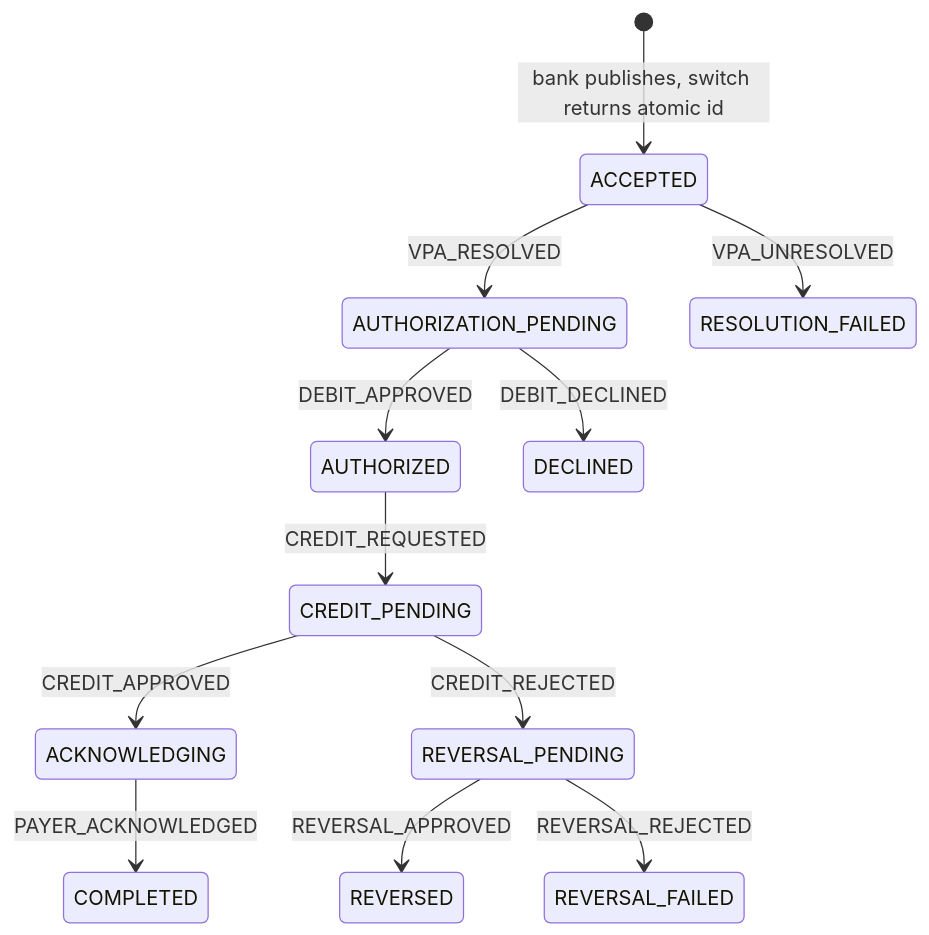
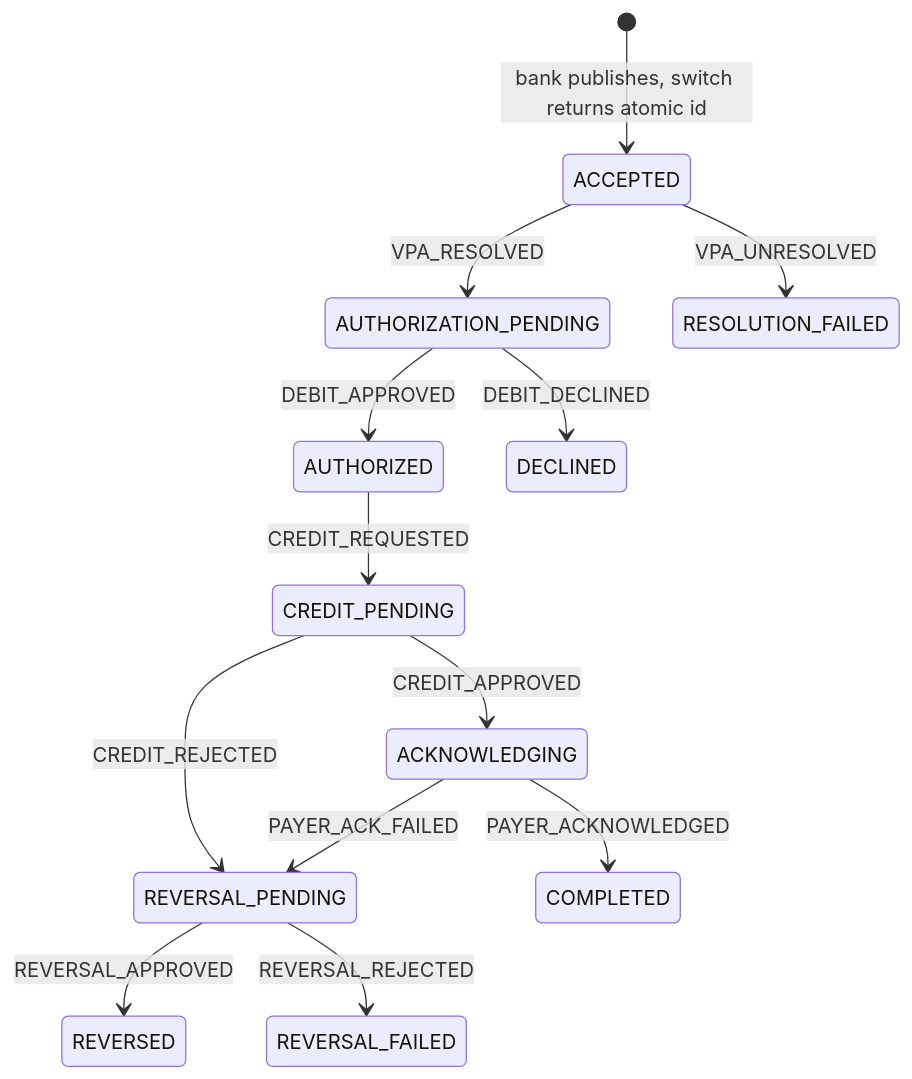
Before and after one commit to raiyansarker/synapse: the diagram in apps/upi/docs/payment-state-machine.md, drawn with Mermaid. The commit also changed other lines of this file, not shown here.

Commit message:
docs(upi): reverse a credit when the ack fails

````diff
--- a/apps/upi/docs/payment-state-machine.md
+++ b/apps/upi/docs/payment-state-machine.md
@@ -70,14 +71,15 @@
 ```mermaid
 stateDiagram-v2
   [*] --> ACCEPTED: bank publishes, switch returns atomic id
   ACCEPTED --> AUTHORIZATION_PENDING: VPA_RESOLVED
   ACCEPTED --> RESOLUTION_FAILED: VPA_UNRESOLVED
   AUTHORIZATION_PENDING --> AUTHORIZED: DEBIT_APPROVED
   AUTHORIZATION_PENDING --> DECLINED: DEBIT_DECLINED
   AUTHORIZED --> CREDIT_PENDING: CREDIT_REQUESTED
   CREDIT_PENDING --> ACKNOWLEDGING: CREDIT_APPROVED
   CREDIT_PENDING --> REVERSAL_PENDING: CREDIT_REJECTED
   ACKNOWLEDGING --> COMPLETED: PAYER_ACKNOWLEDGED
+  ACKNOWLEDGING --> REVERSAL_PENDING: PAYER_ACK_FAILED
   REVERSAL_PENDING --> REVERSED: REVERSAL_APPROVED
   REVERSAL_PENDING --> REVERSAL_FAILED: REVERSAL_REJECTED
 ```
````
